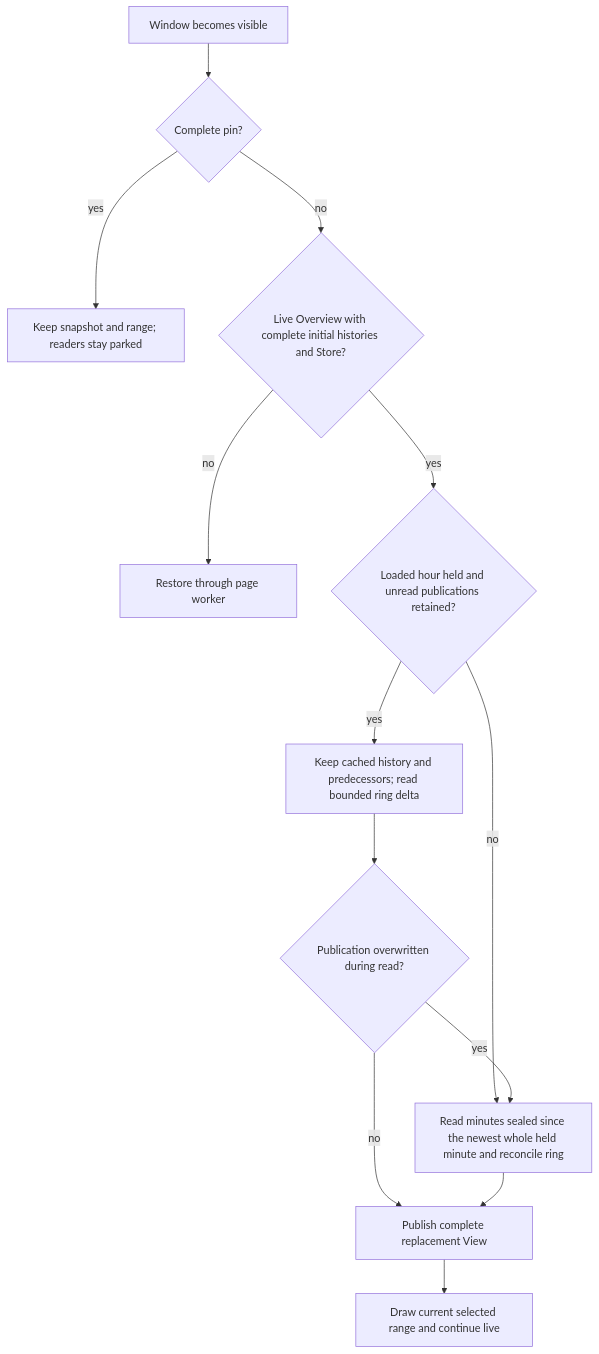
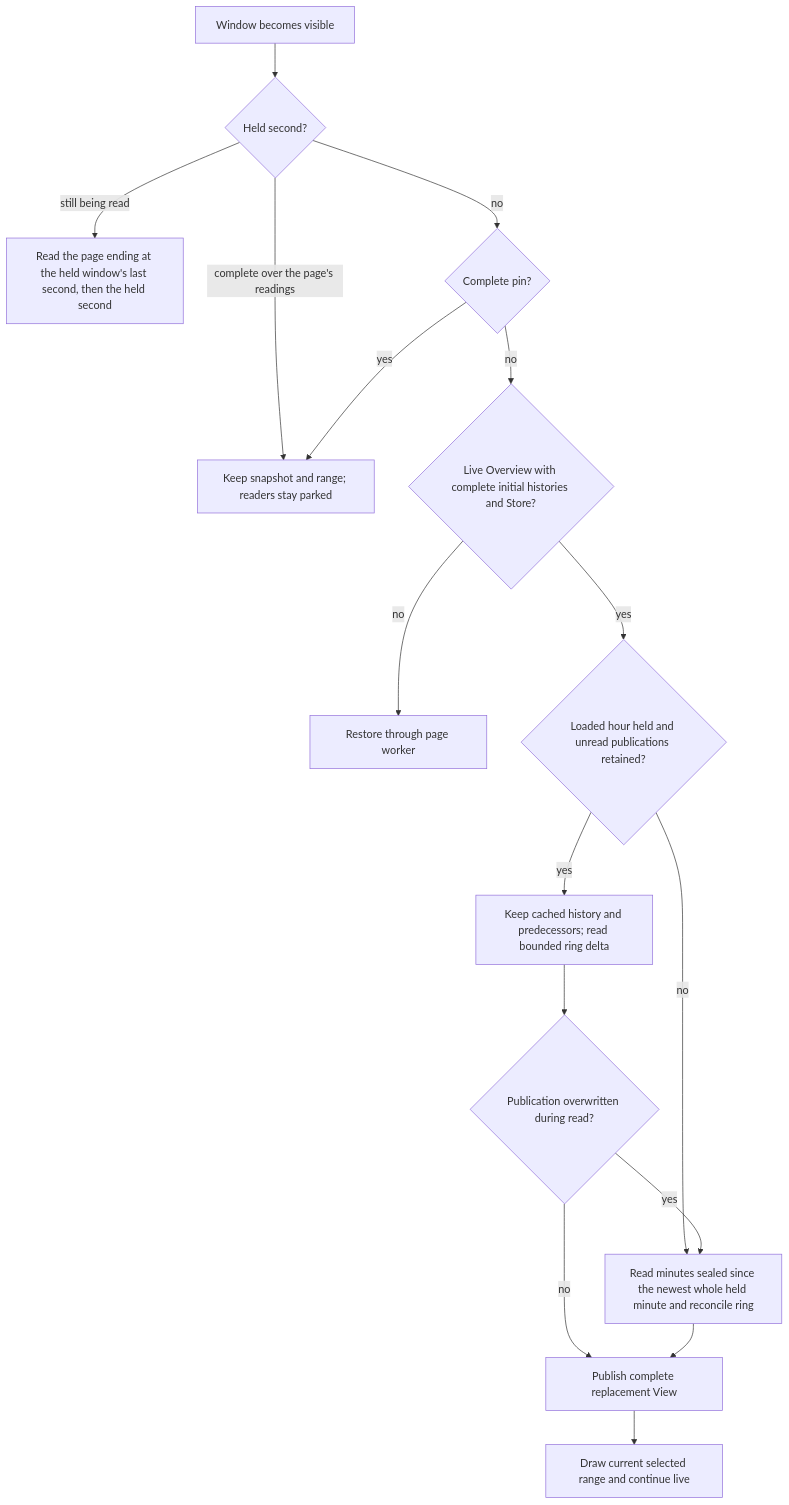
The third of 3 diagrams in docs/architecture.md (joaofnds/flightdeck), drawn with Mermaid before and after one commit. The commit also changed other lines of this file and 2 other files, not shown here.

First line of the commit message:
describe which pages draw from the Store's View and what a held second keeps

````diff
--- a/docs/architecture.md
+++ b/docs/architecture.md
@@ -145,15 +157,18 @@
 ```mermaid
 flowchart TD
-    Show[Window becomes visible] --> Pin{Complete pin?}
+    Show[Window becomes visible] --> Held{Held second?}
+    Held -->|complete over the page's readings| Keep
+    Held -->|still being read| HeldRead[Read the page ending at the held window's last second, then the held second]
+    Held -->|no| Pin{Complete pin?}
     Pin -->|yes| Keep[Keep snapshot and range; readers stay parked]
     Pin -->|no| Eligible{Live Overview with complete initial histories and Store?}
     Eligible -->|no| Worker[Restore through page worker]
     Eligible -->|yes| Covered{Loaded hour held and unread publications retained?}
     Covered -->|yes| Delta[Keep cached history and predecessors; read bounded ring delta]
     Covered -->|no| Reload[Read minutes sealed since the newest whole held minute and reconcile ring]
     Delta --> Lost{Publication overwritten during read?}
     Lost -->|yes| Reload
     Lost -->|no| Complete[Publish complete replacement View]
     Reload --> Complete
     Complete --> Live[Draw current selected range and continue live]
 ```
````
